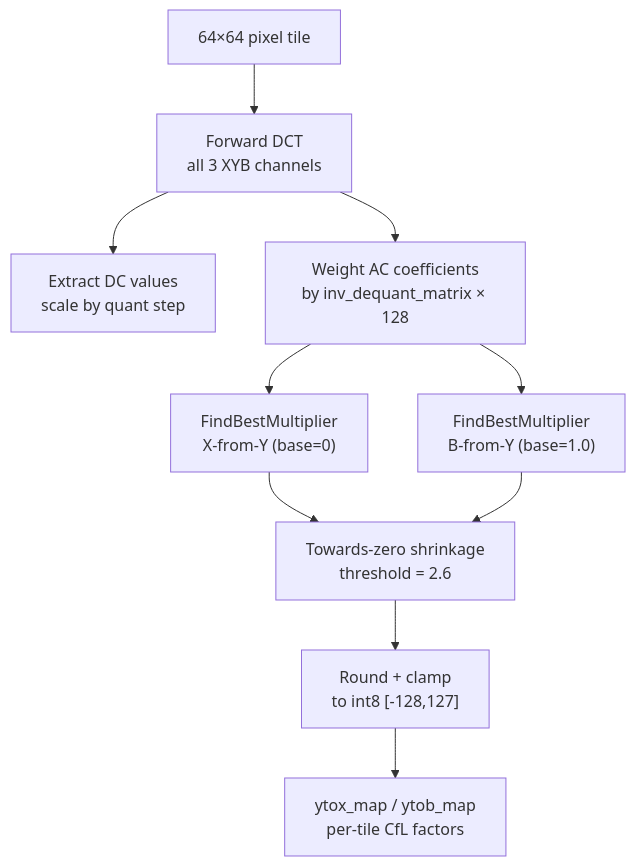
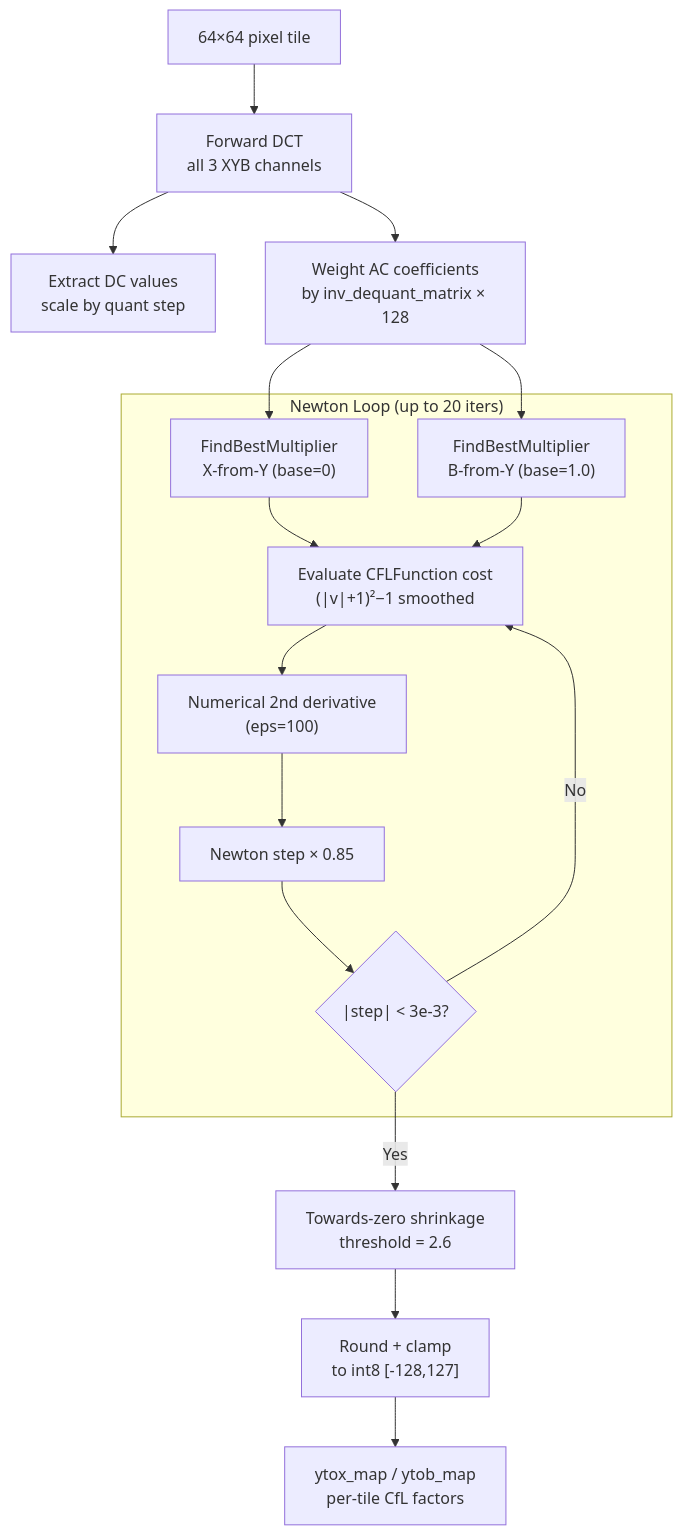
Before and after one commit to imazen/libjxl: the diagram in docs/src/features/chroma-from-luma.md, drawn with Mermaid. The commit also changed 6 other files, not shown here.

First line of the commit message:
docs: fix 7 Mermaid diagrams to show loops, subgraphs, and decisions

````diff
--- a/docs/src/features/chroma-from-luma.md
+++ b/docs/src/features/chroma-from-luma.md
@@ -3,12 +3,19 @@
 ```mermaid
 flowchart TD
     TILE["64×64 pixel tile"] --> DCT["Forward DCT<br/>all 3 XYB channels"]
     DCT --> DC["Extract DC values<br/>scale by quant step"]
     DCT --> AC["Weight AC coefficients<br/>by inv_dequant_matrix × 128"]
     AC --> OPT_X["FindBestMultiplier<br/>X-from-Y (base=0)"]
     AC --> OPT_B["FindBestMultiplier<br/>B-from-Y (base=1.0)"]
-    OPT_X --> SHRINK["Towards-zero shrinkage<br/>threshold = 2.6"]
-    OPT_B --> SHRINK
+    subgraph "Newton Loop (up to 20 iters)"
+        OPT_X --> COST["Evaluate CFLFunction cost<br/>(|v|+1)²−1 smoothed"]
+        OPT_B --> COST
+        COST --> DERIV["Numerical 2nd derivative<br/>(eps=100)"]
+        DERIV --> STEP["Newton step × 0.85"]
+        STEP --> CONV{"|step| < 3e-3?"}
+        CONV -->|No| COST
+    end
+    CONV -->|Yes| SHRINK["Towards-zero shrinkage<br/>threshold = 2.6"]
     SHRINK --> ROUND["Round + clamp<br/>to int8 [-128,127]"]
     ROUND --> MAP["ytox_map / ytob_map<br/>per-tile CfL factors"]
 ```
````
